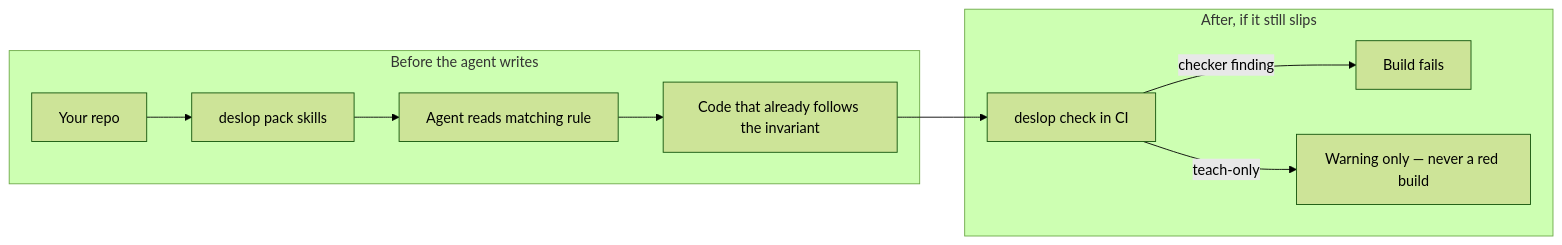
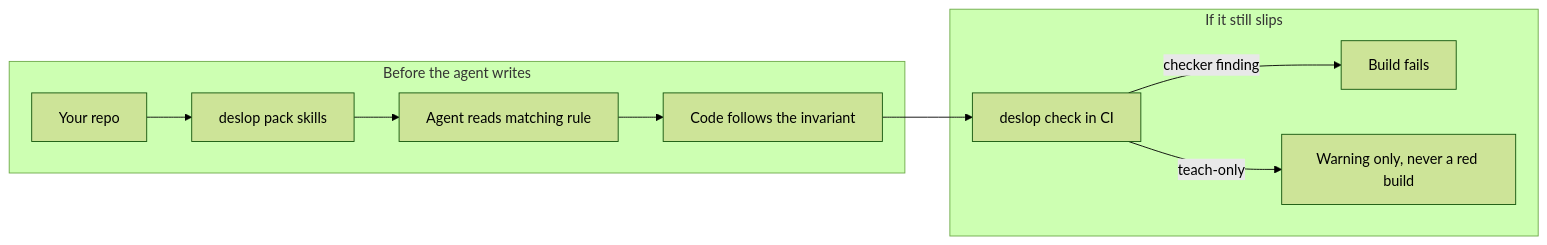
One commit to Amaresh/deslop changed the first of 5 diagrams in README.md. Above: the diagram before and after it, drawn with Mermaid (forest theme). The commit also changed other lines of this file, not shown here.

First line of the commit message:
docs: make README mermaid parse on GitHub

````diff
--- a/README.md
+++ b/README.md
@@ -11,13 +11,13 @@
 ```mermaid
 flowchart LR
-  subgraph Before["Before the agent writes"]
-    A[Your repo] --> B[deslop pack skills]
-    B --> C[Agent reads matching rule]
-    C --> D[Code that already follows the invariant]
+  subgraph beforeWrite [Before the agent writes]
+    A["Your repo"] --> B["deslop pack skills"]
+    B --> C["Agent reads matching rule"]
+    C --> D["Code follows the invariant"]
   end
-  subgraph After["After, if it still slips"]
+  subgraph afterSlip [If it still slips]
     D --> E["deslop check in CI"]
-    E -->|checker finding| F[Build fails]
-    E -->|teach-only| G[Warning only — never a red build]
+    E -->|"checker finding"| F["Build fails"]
+    E -->|"teach-only"| G["Warning only, never a red build"]
   end
 ```
````
